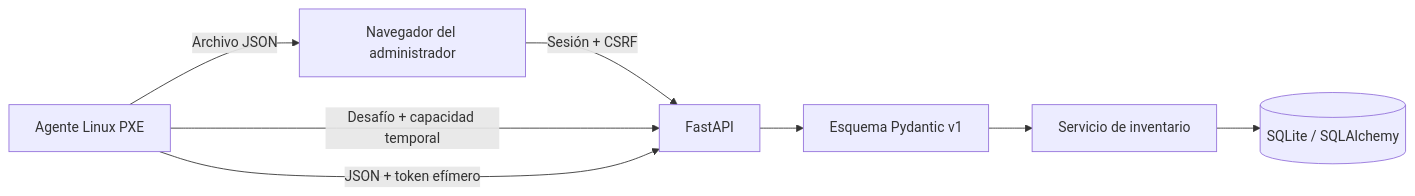
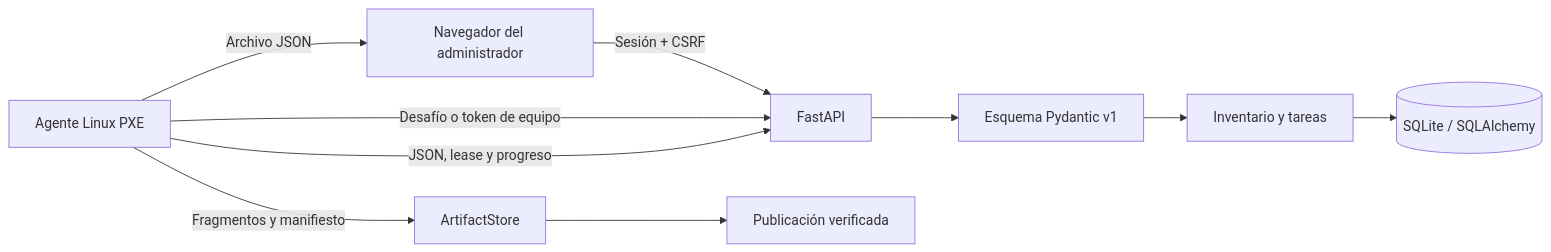
One commit to cavazquez/pyfog changed the diagram in docs/architecture.md. Above: the diagram before and after it, drawn with Mermaid. The commit also changed other lines of this file and 39 other files, not shown here.

````diff
--- a/docs/architecture.md
+++ b/docs/architecture.md
@@ -15,10 +16,12 @@
 ```mermaid
 flowchart LR
     Web[Navegador del administrador] -->|Sesión + CSRF| API[FastAPI]
-    Linux[Agente Linux PXE] -->|Desafío + capacidad temporal| API
-    Linux -->|JSON + token efímero| API
+    Linux[Agente Linux PXE] -->|Desafío o token de equipo| API
+    Linux -->|JSON, lease y progreso| API
+    Linux -->|Fragmentos y manifiesto| Store[ArtifactStore]
     Linux -->|Archivo JSON| Web
     API --> Validación[Esquema Pydantic v1]
-    Validación --> Servicio[Servicio de inventario]
-    Servicio --> DB[(SQLite / SQLAlchemy)]
+    Validación --> Servicios[Inventario y tareas]
+    Servicios --> DB[(SQLite / SQLAlchemy)]
+    Store --> Published[Publicación verificada]
 ```
````
